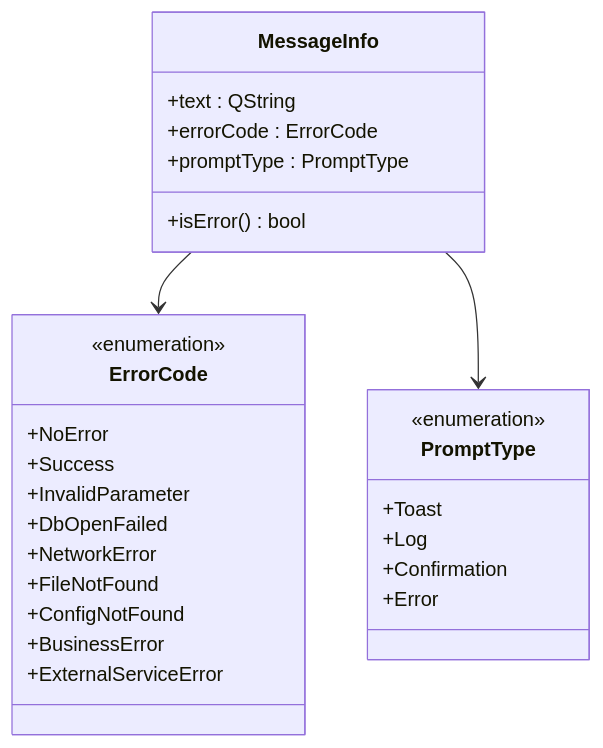
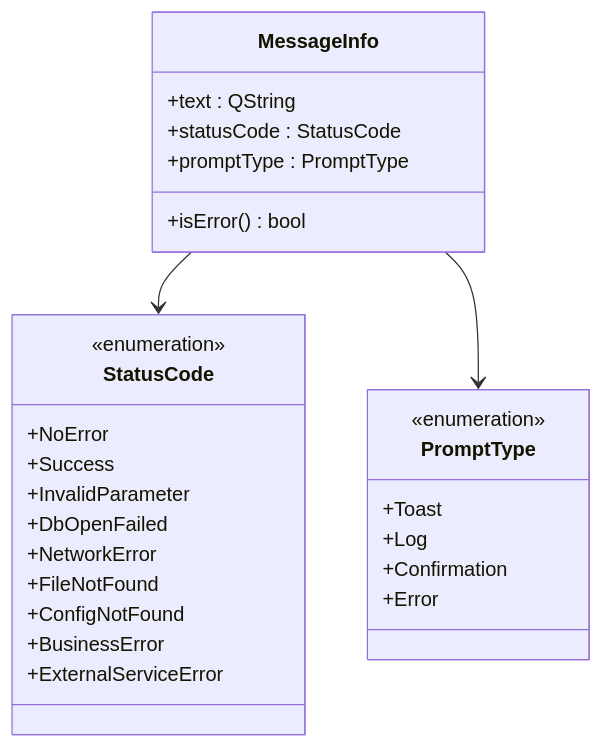
Before and after one commit to ihula/QmlPlugins: the sixth of 8 diagrams in .qoder/repowiki/zh/content/核心模块/消息中心模块.md, drawn with Mermaid. The commit also changed other lines of this file and 13 other files, not shown here.

````diff
--- a/.qoder/repowiki/zh/content/核心模块/消息中心模块.md
+++ b/.qoder/repowiki/zh/content/核心模块/消息中心模块.md
@@ -246,30 +244,30 @@
 ```mermaid
 classDiagram
 class MessageInfo {
 +text : QString
-+errorCode : ErrorCode
++statusCode : StatusCode
 +promptType : PromptType
 +isError() bool
 }
-class ErrorCode {
+class StatusCode {
 <<enumeration>>
 +NoError
 +Success
 +InvalidParameter
 +DbOpenFailed
 +NetworkError
 +FileNotFound
 +ConfigNotFound
 +BusinessError
 +ExternalServiceError
 }
 class PromptType {
 <<enumeration>>
 +Toast
 +Log
 +Confirmation
 +Error
 }
-MessageInfo --> ErrorCode
+MessageInfo --> StatusCode
 MessageInfo --> PromptType
 ```
````
